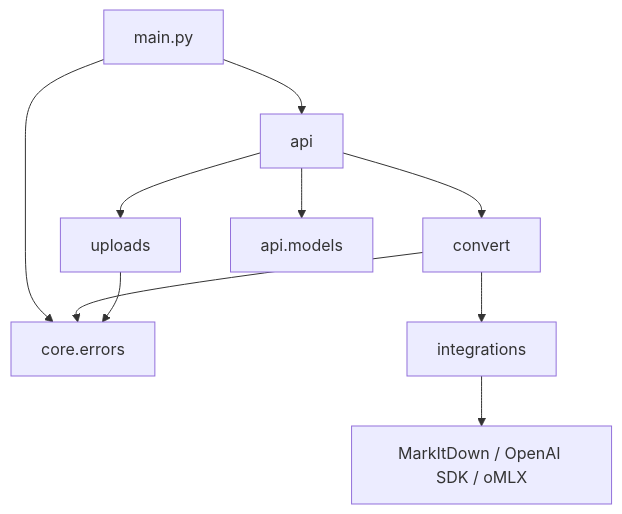
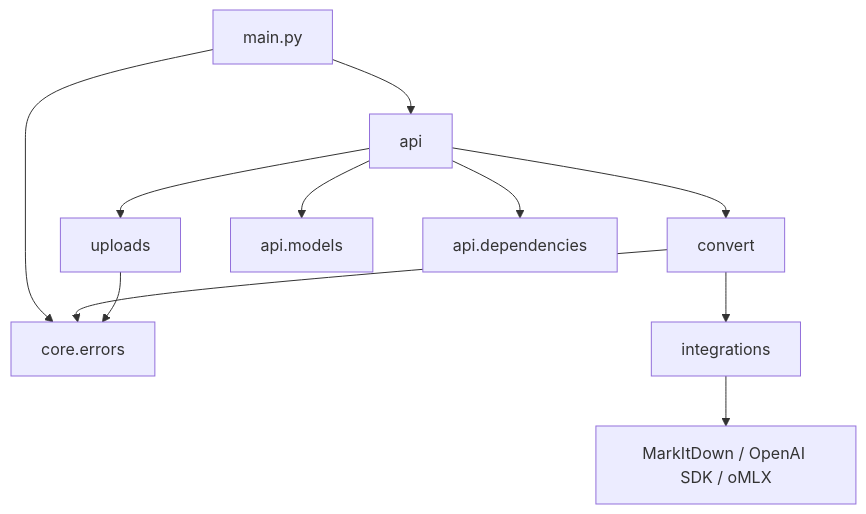
The first of 2 diagrams in docs/code-reference.md (Jianshi-Lu/to-markdown), drawn with Mermaid before and after one commit. The commit also changed other lines of this file and 5 other files, not shown here.

````diff
--- a/docs/code-reference.md
+++ b/docs/code-reference.md
@@ -43,12 +44,13 @@
 ```mermaid
 flowchart TB
     Main[main.py] --> API[api]
     Main --> Core[core.errors]
     API --> Uploads[uploads]
     API --> Convert[convert]
     API --> Models[api.models]
+    API --> Dependencies[api.dependencies]
     Convert --> Integrations[integrations]
     Convert --> Core
     Uploads --> Core
     Integrations --> Vendors[MarkItDown / OpenAI SDK / oMLX]
 ```
````
